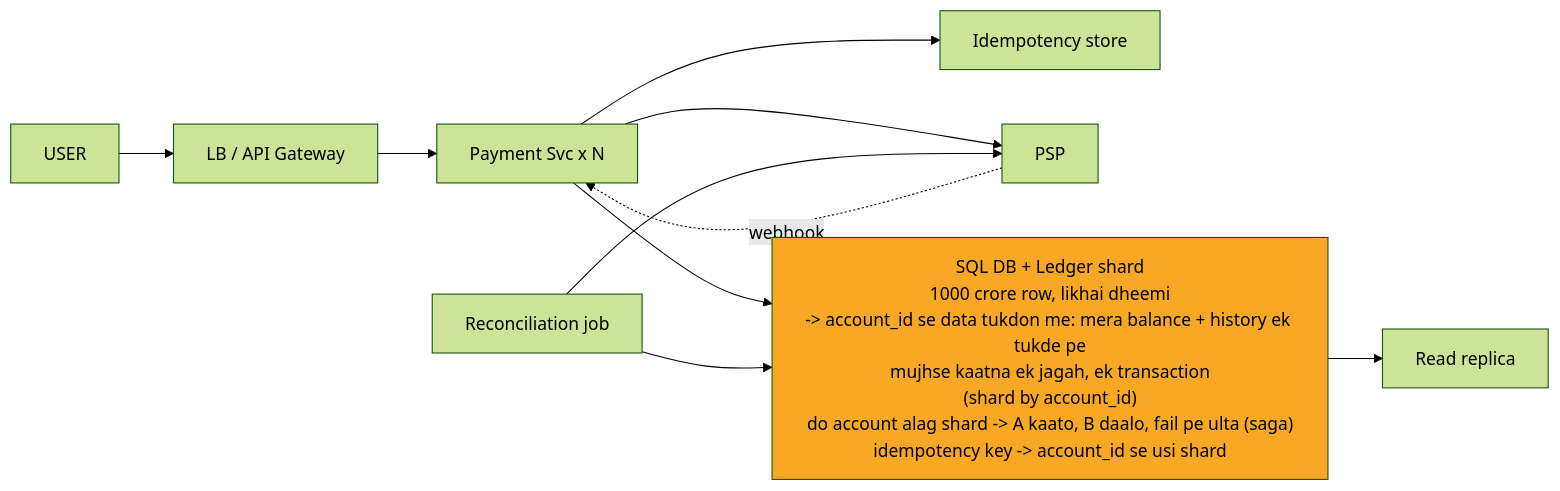
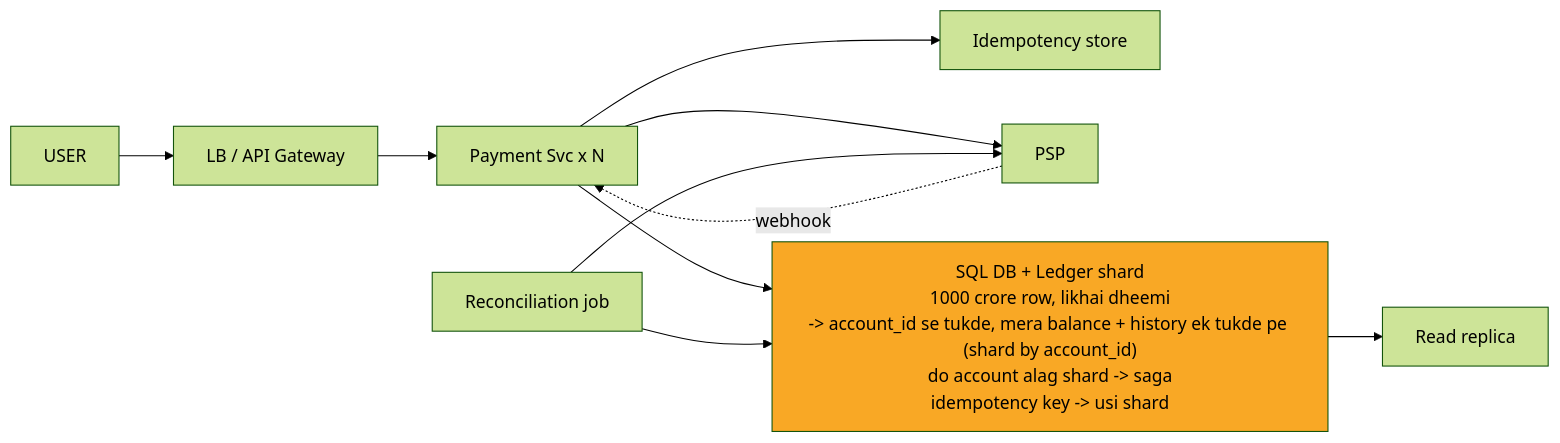
One commit to ArpanMaheshwari144/Prep changed the diagram in 04_HLD/SYSTEM_DESIGNS/06_payment_system/img/c10.mmd. Above: the diagram before and after it, drawn with Mermaid (forest theme). The commit also changed 42 other files, not shown here.

```diff
--- a/04_HLD/SYSTEM_DESIGNS/06_payment_system/img/c10.mmd
+++ b/04_HLD/SYSTEM_DESIGNS/06_payment_system/img/c10.mmd
@@ -1,20 +1,20 @@
 %%{init: {"flowchart": {"wrappingWidth": 450}}}%%
 flowchart LR
     n_USER["USER"]
     n_LB_API_Gateway["LB / API Gateway"]
     n_Payment_Svc_xN["Payment Svc x N"]
     n_Idempotency_store["Idempotency store"]
     n_PSP["PSP"]
-    n_SQL_DB_shard_by_account_id["SQL DB + Ledger shard<br/>1000 crore row, likhai dheemi<br/>-> account_id se data tukdon me: mera balance + history ek tukde pe<br/>mujhse kaatna ek jagah, ek transaction<br/>(shard by account_id)<br/>do account alag shard -> A kaato, B daalo, fail pe ulta (saga)<br/>idempotency key -> account_id se usi shard"]
+    n_SQL_DB_shard_by_account_id["SQL DB + Ledger shard<br/>1000 crore row, likhai dheemi<br/>-> account_id se tukde, mera balance + history ek tukde pe (shard by account_id)<br/>do account alag shard -> saga<br/>idempotency key -> usi shard"]
     n_Read_replica["Read replica"]
     n_Reconciliation_job["Reconciliation job"]
     n_USER --> n_LB_API_Gateway
     n_LB_API_Gateway --> n_Payment_Svc_xN
     n_Payment_Svc_xN --> n_Idempotency_store
     n_Payment_Svc_xN --> n_PSP
     n_Payment_Svc_xN --> n_SQL_DB_shard_by_account_id
     n_SQL_DB_shard_by_account_id --> n_Read_replica
     n_Reconciliation_job --> n_SQL_DB_shard_by_account_id
     n_Reconciliation_job --> n_PSP
     n_PSP -.->|webhook| n_Payment_Svc_xN
     style n_SQL_DB_shard_by_account_id fill:#f9a825,color:#000
```
